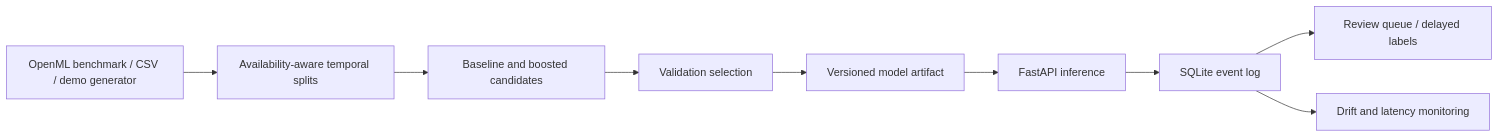
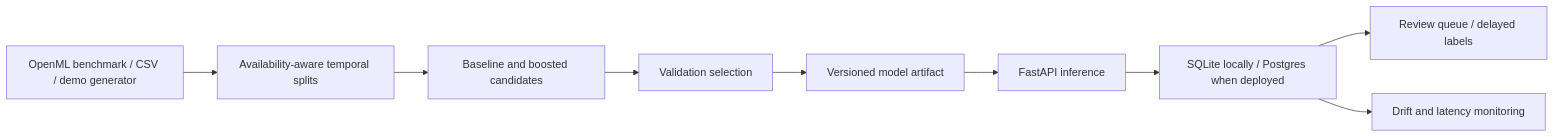
One commit to sumeetamin/fraud-detection-platform changed the diagram in README.md. Above: the diagram before and after it, drawn with Mermaid. The commit also changed other lines of this file and 8 other files, not shown here.

````diff
--- a/README.md
+++ b/README.md
@@ -61,11 +61,11 @@
 ```mermaid
 flowchart LR
     A[OpenML benchmark / CSV / demo generator] --> B[Availability-aware temporal splits]
     B --> C[Baseline and boosted candidates]
     C --> D[Validation selection]
     D --> E[Versioned model artifact]
     E --> F[FastAPI inference]
-    F --> G[SQLite event log]
+    F --> G[SQLite locally / Postgres when deployed]
     G --> H[Review queue / delayed labels]
     G --> I[Drift and latency monitoring]
 ```
````
